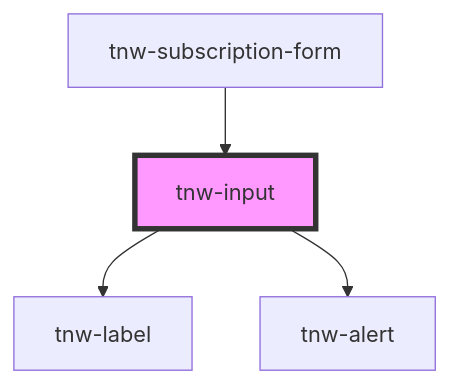
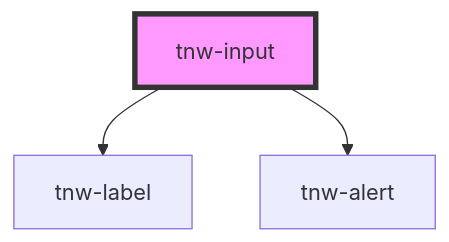
One commit to technway/technway-component-library changed the diagram in packages/stencil-library/src/components/tnw-input/readme.md. Above: the diagram before and after it, drawn with Mermaid. The commit also changed other lines of this file and 17 other files, not shown here.

Commit message:
fix(tnw-subscription-form): styling bugs

````diff
--- a/packages/stencil-library/src/components/tnw-input/readme.md
+++ b/packages/stencil-library/src/components/tnw-input/readme.md
@@ -111,7 +109,6 @@
 ```mermaid
 graph TD;
   tnw-input --> tnw-label
   tnw-input --> tnw-alert
-  tnw-subscription-form --> tnw-input
   style tnw-input fill:#f9f,stroke:#333,stroke-width:4px
 ```
````
